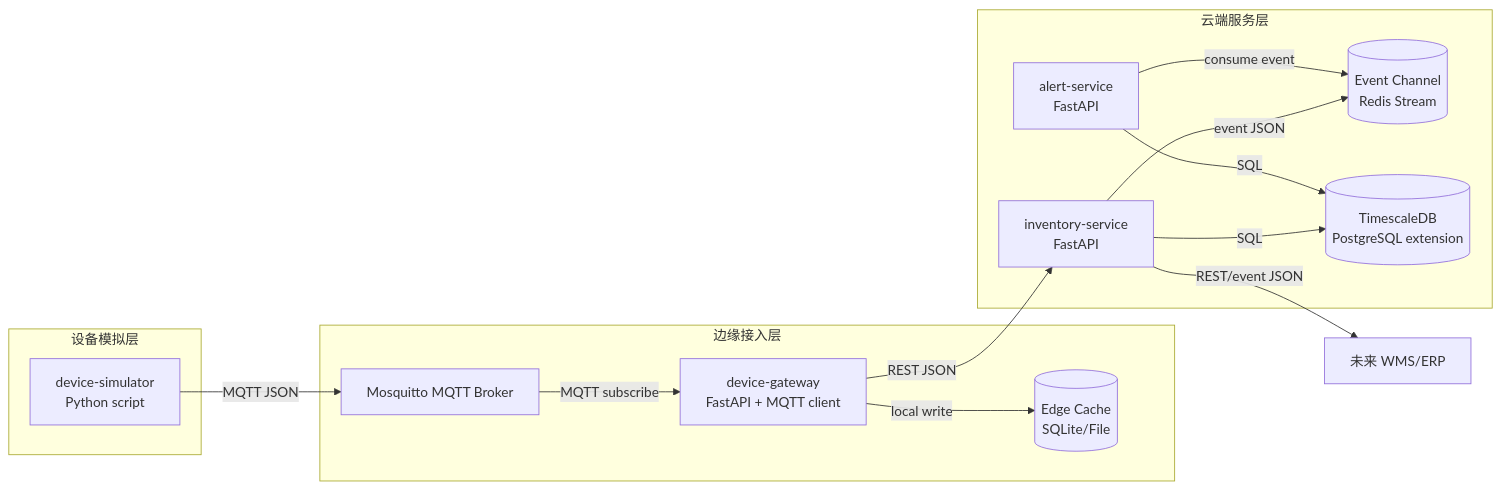
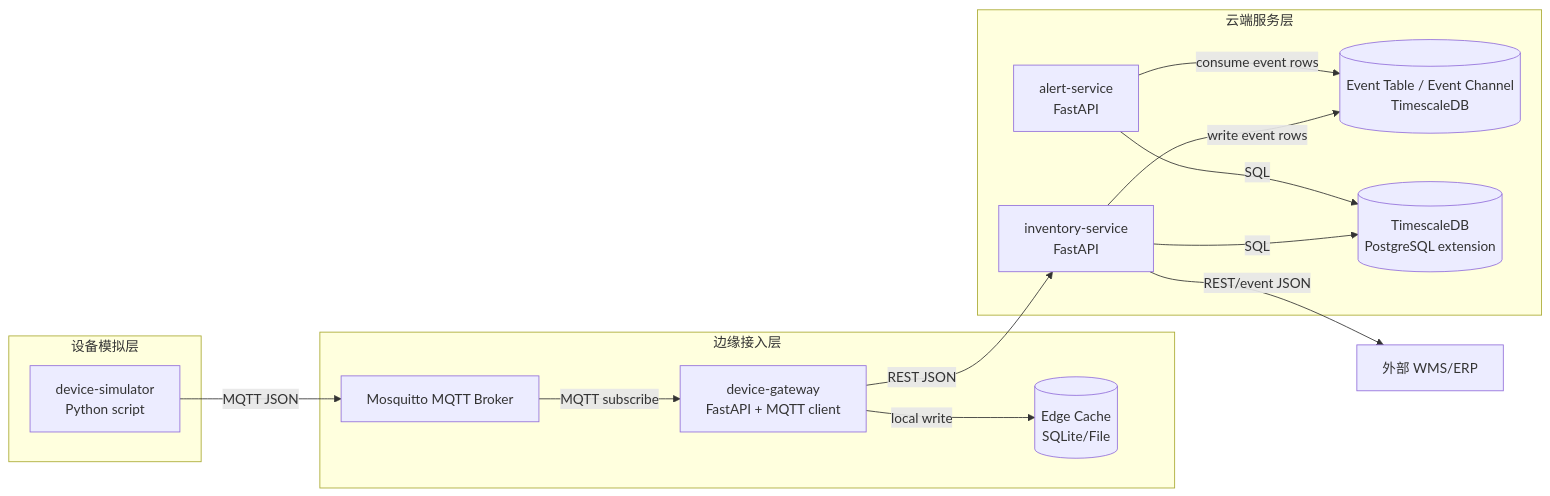
One commit to kpp-codeFVV/iot-warehouse-architecture changed the diagram in docs/02_views/Container_View.md. Above: the diagram before and after it, drawn with Mermaid. The commit also changed other lines of this file and 39 other files, not shown here.

````diff
--- a/docs/02_views/Container_View.md
+++ b/docs/02_views/Container_View.md
@@ -7,31 +7,31 @@
 ```mermaid
 flowchart LR
     subgraph DeviceLayer[设备模拟层]
         sim[device-simulator<br/>Python script]
     end
 
     subgraph EdgeLayer[边缘接入层]
         broker[Mosquitto MQTT Broker]
         gateway[device-gateway<br/>FastAPI + MQTT client]
         edgeCache[(Edge Cache<br/>SQLite/File)]
     end
 
     subgraph CloudLayer[云端服务层]
         inventory[inventory-service<br/>FastAPI]
         alert[alert-service<br/>FastAPI]
-        events[(Event Channel<br/>Redis Stream)]
+        events[(Event Table / Event Channel<br/>TimescaleDB)]
         db[(TimescaleDB<br/>PostgreSQL extension)]
     end
 
-    external[未来 WMS/ERP]
+    external[外部 WMS/ERP]
 
     sim -- MQTT JSON --> broker
     broker -- MQTT subscribe --> gateway
     gateway -- local write --> edgeCache
     gateway -- REST JSON --> inventory
     inventory -- SQL --> db
-    inventory -- event JSON --> events
-    alert -- consume event --> events
+    inventory -- write event rows --> events
+    alert -- consume event rows --> events
     alert -- SQL --> db
     inventory -- REST/event JSON --> external
 ```
````
